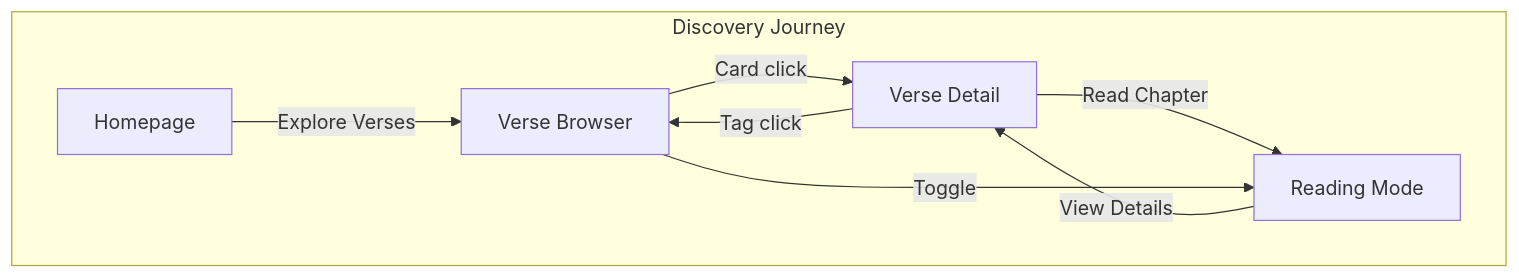
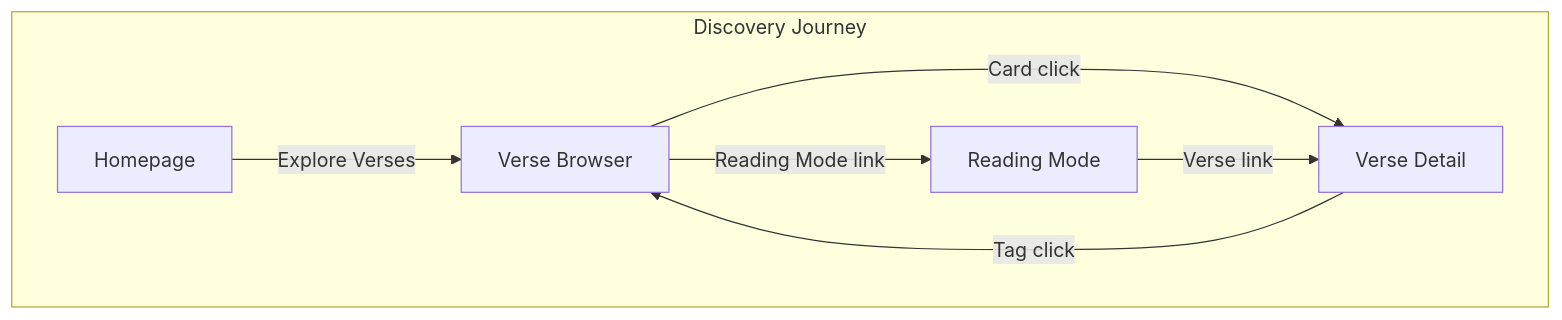
Before and after one commit to vnykmshr/geetanjali: the third of 3 diagrams in docs/discovery.md, drawn with Mermaid. The commit also changed other lines of this file and 1 other file, not shown here.

````diff
--- a/docs/discovery.md
+++ b/docs/discovery.md
@@ -173,11 +178,10 @@
 ```mermaid
 flowchart TB
     subgraph Discovery["Discovery Journey"]
         H[Homepage] -->|"Explore Verses"| V[Verse Browser]
         V -->|Card click| D[Verse Detail]
-        D -->|"Read Chapter"| R[Reading Mode]
-        V -->|Toggle| R
-        R -->|"View Details"| D
+        V -->|"Reading Mode" link| R[Reading Mode]
         D -->|Tag click| V
+        R -->|Verse link| D
     end
 ```
````
